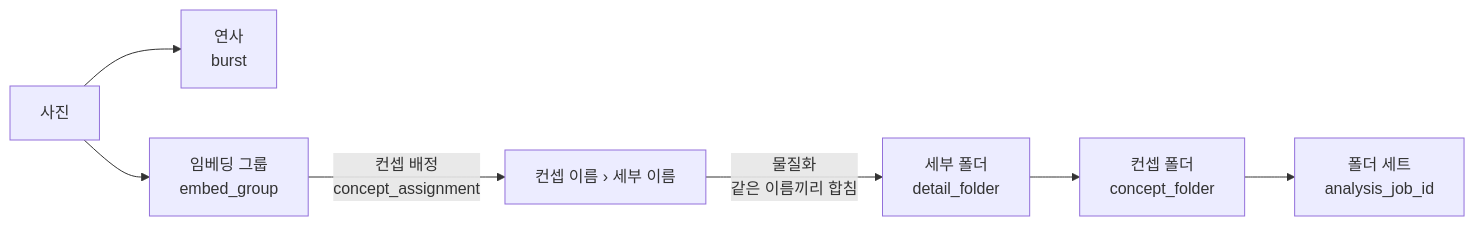
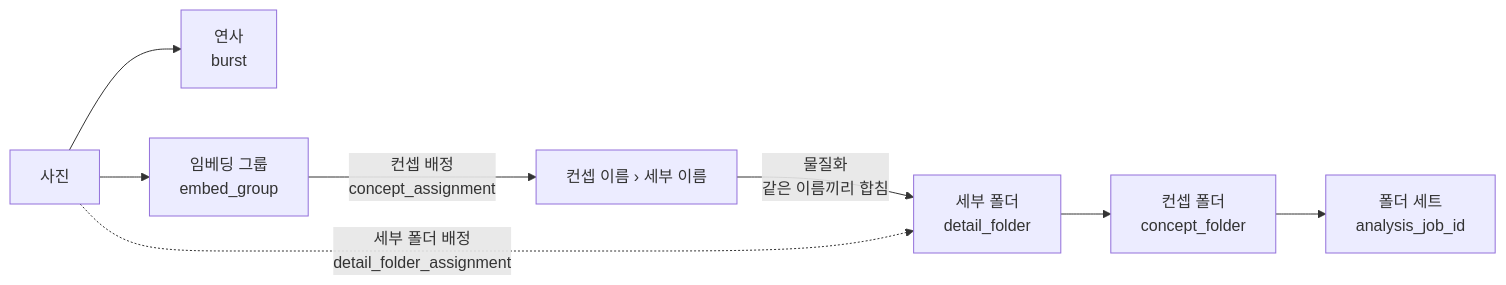
One commit to organic-agent/WES-DOCS changed the diagram in docs/glossary.md. Above: the diagram before and after it, drawn with Mermaid. The commit also changed other lines of this file, not shown here.

````diff
--- a/docs/glossary.md
+++ b/docs/glossary.md
@@ -25,9 +25,10 @@
 ```mermaid
 flowchart LR
   P[사진] --> B[연사<br/>burst]
   P --> G[임베딩 그룹<br/>embed_group]
   G -->|컨셉 배정<br/>concept_assignment| N["컨셉 이름 › 세부 이름"]
   N -->|물질화<br/>같은 이름끼리 합침| D[세부 폴더<br/>detail_folder]
+  P -.->|세부 폴더 배정<br/>detail_folder_assignment| D
   D --> C[컨셉 폴더<br/>concept_folder]
   C --> S[폴더 세트<br/>analysis_job_id]
 ```
````
